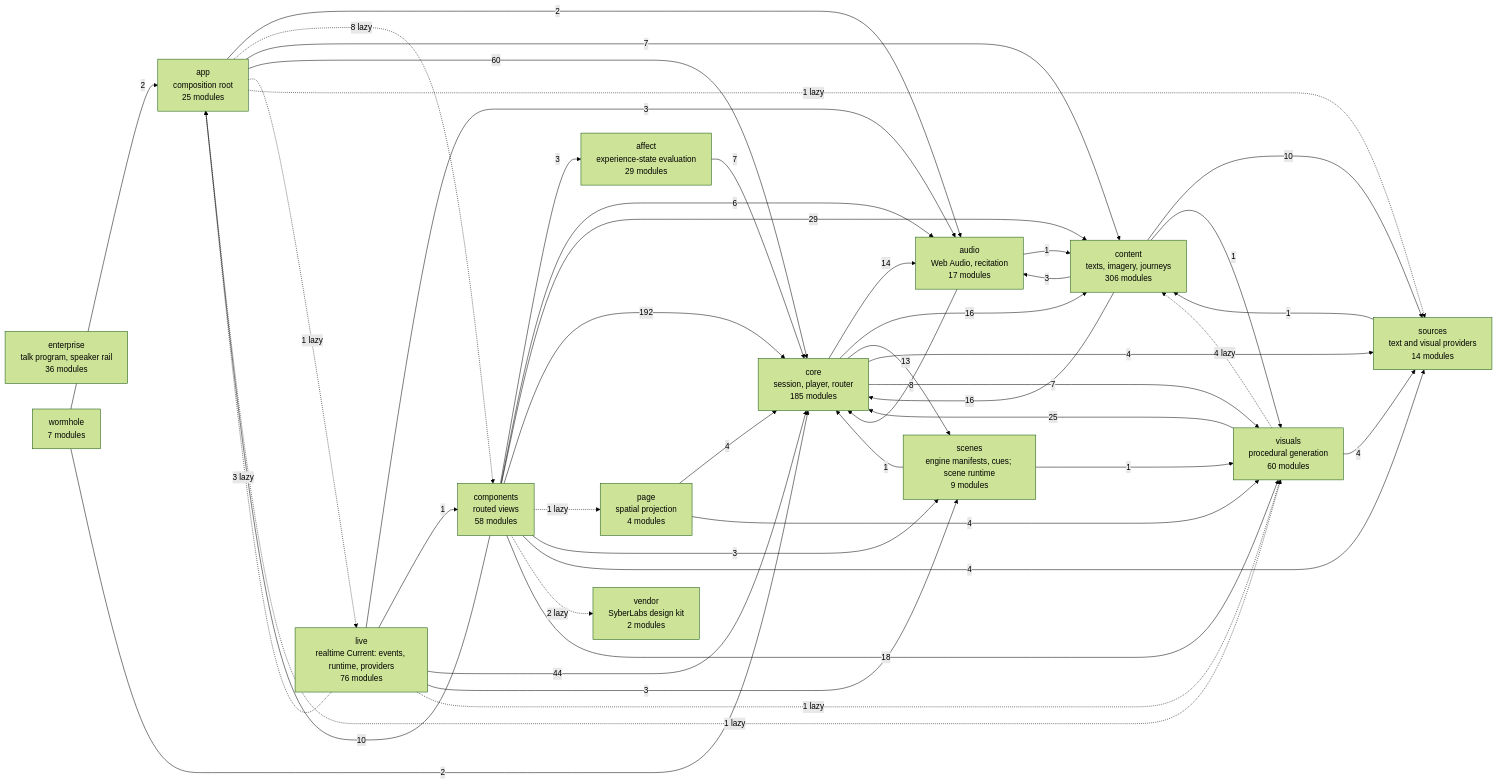
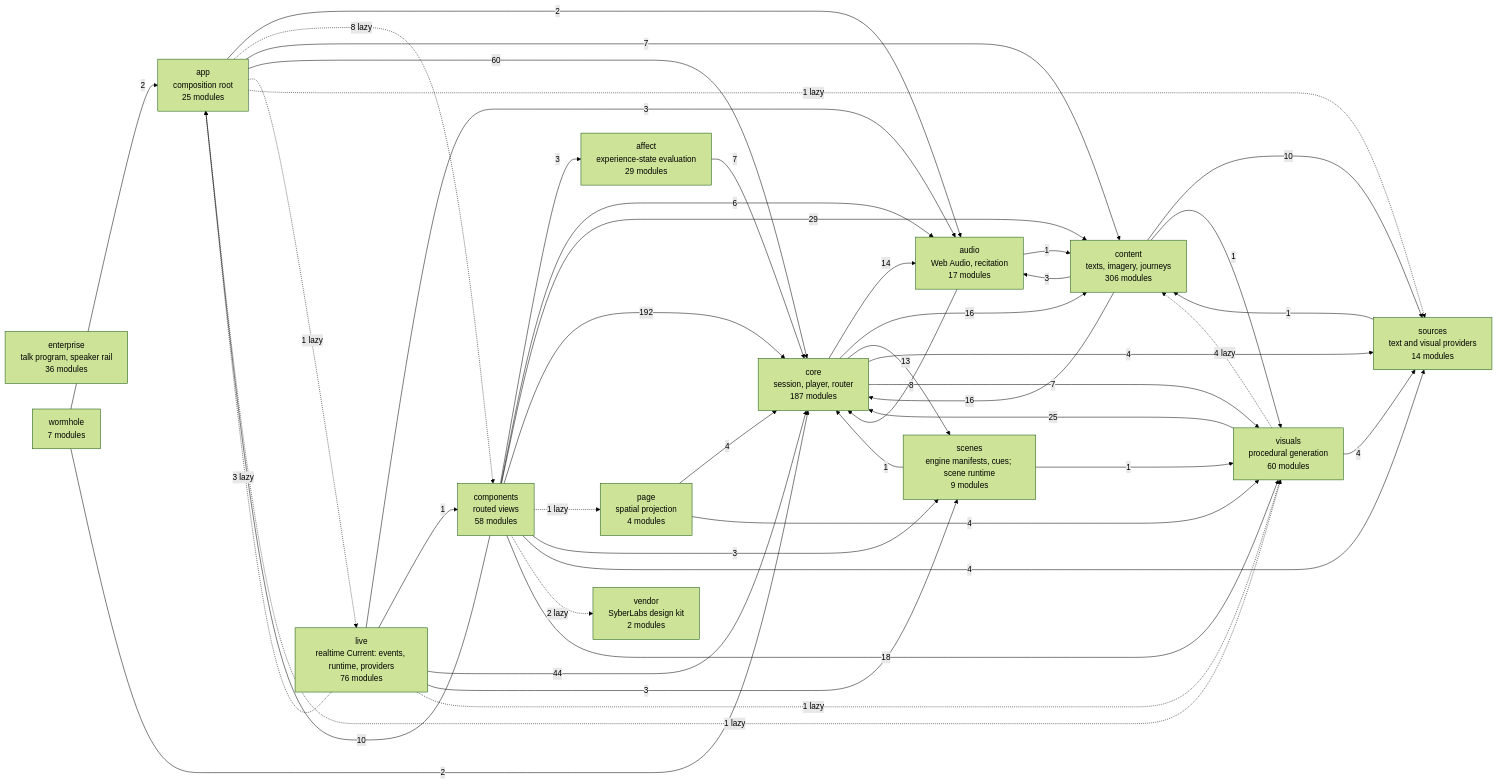
Before and after one commit to SyberLabs/RISE: the diagram in docs/specs/ARCHITECTURE.md, drawn with Mermaid (forest theme). The commit also changed 10 other files, not shown here.

````diff
--- a/docs/specs/ARCHITECTURE.md
+++ b/docs/specs/ARCHITECTURE.md
@@ -161,63 +161,63 @@
 ```mermaid
 flowchart LR
     affect["affect<br/>experience-state evaluation<br/>29 modules"]
     app["app<br/>composition root<br/>25 modules"]
     audio["audio<br/>Web Audio, recitation<br/>17 modules"]
     components["components<br/>routed views<br/>58 modules"]
     content["content<br/>texts, imagery, journeys<br/>306 modules"]
-    core["core<br/>session, player, router<br/>185 modules"]
+    core["core<br/>session, player, router<br/>187 modules"]
     enterprise["enterprise<br/>talk program, speaker rail<br/>36 modules"]
     live["live<br/>realtime Current: events, runtime, providers<br/>76 modules"]
     page["page<br/>spatial projection<br/>4 modules"]
     scenes["scenes<br/>engine manifests, cues; scene runtime<br/>9 modules"]
     sources["sources<br/>text and visual providers<br/>14 modules"]
     vendor["vendor<br/>SyberLabs design kit<br/>2 modules"]
     visuals["visuals<br/>procedural generation<br/>60 modules"]
     wormhole["wormhole<br/>7 modules"]
 
     affect --> |7| core
     app --> |2| audio
     app -.-> |8 lazy| components
     app --> |7| content
     app --> |60| core
     app -.-> |1 lazy| live
     app -.-> |1 lazy| sources
     app -.-> |1 lazy| visuals
     audio --> |1| content
     audio --> |8| core
     components --> |3| affect
     components --> |10| app
     components --> |6| audio
     components --> |29| content
     components --> |192| core
     components -.-> |1 lazy| page
     components --> |3| scenes
     components --> |4| sources
     components -.-> |2 lazy| vendor
     components --> |18| visuals
     content --> |3| audio
     content --> |16| core
     content --> |10| sources
     content --> |1| visuals
     core --> |14| audio
     core --> |16| content
     core --> |13| scenes
     core --> |4| sources
     core --> |7| visuals
     live -.-> |3 lazy| app
     live --> |3| audio
     live --> |1| components
     live --> |44| core
     live --> |3| scenes
     live -.-> |1 lazy| visuals
     page --> |4| core
     page --> |4| visuals
     scenes --> |1| core
     scenes --> |1| visuals
     sources --> |1| content
     visuals -.-> |4 lazy| content
     visuals --> |25| core
     visuals --> |4| sources
     wormhole --> |2| app
     wormhole --> |2| core
 ```
````
